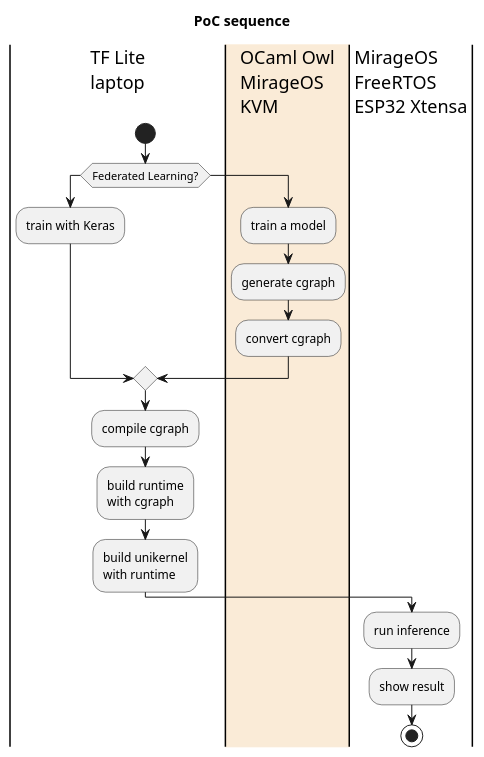
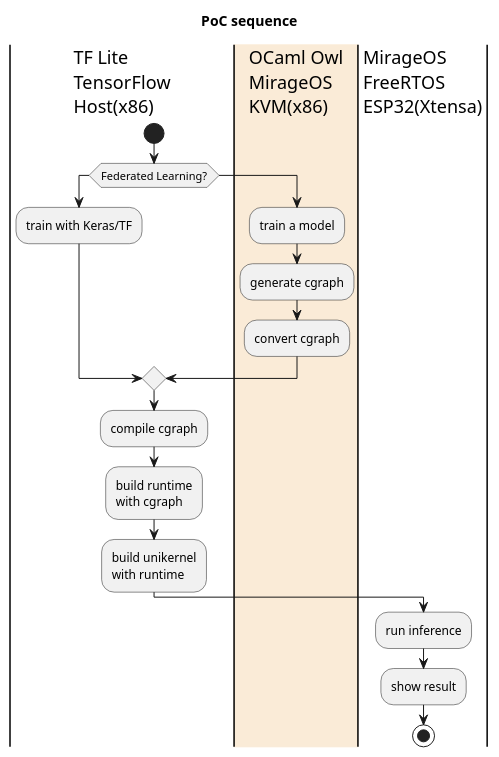
One commit to doyu/elc2019 changed the diagram in demo-ac.puml. Above: the diagram before and after it, drawn with PlantUML. The commit also changed 2 other files, not shown here.

```diff
--- a/demo-ac.puml
+++ b/demo-ac.puml
@@ -1,22 +1,22 @@
 @startuml
 title PoC sequence
-|TF Lite\nlaptop|
+|TF Lite\nTensorFlow\nHost(x86)|
 start
 if (Federated Learning?) then
-|TF Lite\nlaptop|
-:train with Keras;
+|TF Lite\nTensorFlow\nHost(x86)|
+:train with Keras/TF;
 else
-|#AntiqueWhite|OCaml Owl\nMirageOS\nKVM|
+|#AntiqueWhite|OCaml Owl\nMirageOS\nKVM(x86)|
 :train a model;
 :generate cgraph;
 :convert cgraph;
 endif
-|TF Lite\nlaptop|
+|TF Lite\nTensorFlow\nHost(x86)|
 :compile cgraph;
 :build runtime\nwith cgraph;
 :build unikernel\nwith runtime;
-|MirageOS\nFreeRTOS\nESP32 Xtensa|
+|MirageOS\nFreeRTOS\nESP32(Xtensa)|
 :run inference;
 :show result;
 stop
 @enduml
```
